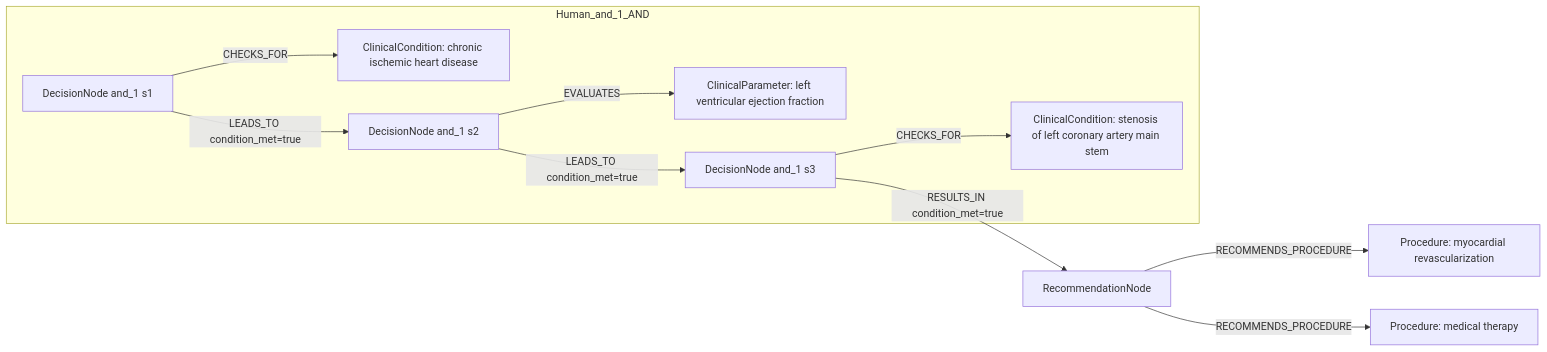
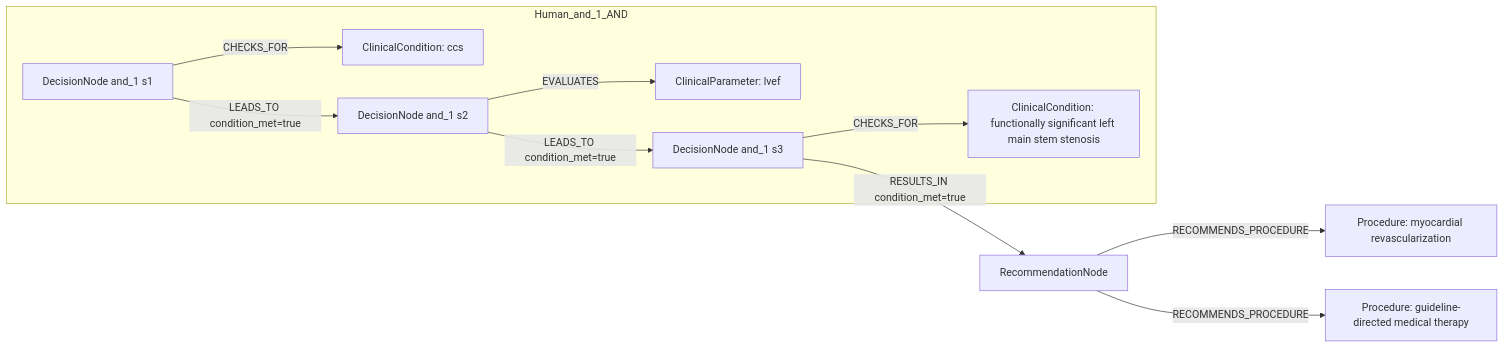
Before and after one commit to dieterich-lab/CardioGuidelinesGraph: the first of 2 diagrams in docs/table22_rows_comparison/row_06.md, drawn with Mermaid. The commit also changed other lines of this file and 20 other files, not shown here.

````diff
--- a/docs/table22_rows_comparison/row_06.md
+++ b/docs/table22_rows_comparison/row_06.md
@@ -417,22 +399,22 @@
 ```mermaid
 graph LR
   REC[RecommendationNode]
   ACT1[Procedure: myocardial revascularization]
   REC -->|RECOMMENDS_PROCEDURE| ACT1
-  ACT2[Procedure: medical therapy]
+  ACT2[Procedure: guideline-directed medical therapy]
   REC -->|RECOMMENDS_PROCEDURE| ACT2
   subgraph Human_and_1_AND
     D_and_1_1[DecisionNode and_1 s1]
-    C_and_1_1[ClinicalCondition: chronic ischemic heart disease]
+    C_and_1_1[ClinicalCondition: ccs]
     D_and_1_1 -->|CHECKS_FOR| C_and_1_1
     D_and_1_2[DecisionNode and_1 s2]
-    C_and_1_2[ClinicalParameter: left ventricular ejection fraction]
+    C_and_1_2[ClinicalParameter: lvef]
     D_and_1_2 -->|EVALUATES| C_and_1_2
     D_and_1_3[DecisionNode and_1 s3]
-    C_and_1_3[ClinicalCondition: stenosis of left coronary artery main stem]
+    C_and_1_3[ClinicalCondition: functionally significant left main stem stenosis]
     D_and_1_3 -->|CHECKS_FOR| C_and_1_3
     D_and_1_1 -->|LEADS_TO condition_met=true| D_and_1_2
     D_and_1_2 -->|LEADS_TO condition_met=true| D_and_1_3
   end
   D_and_1_3 -->|RESULTS_IN condition_met=true| REC
 ```
````
